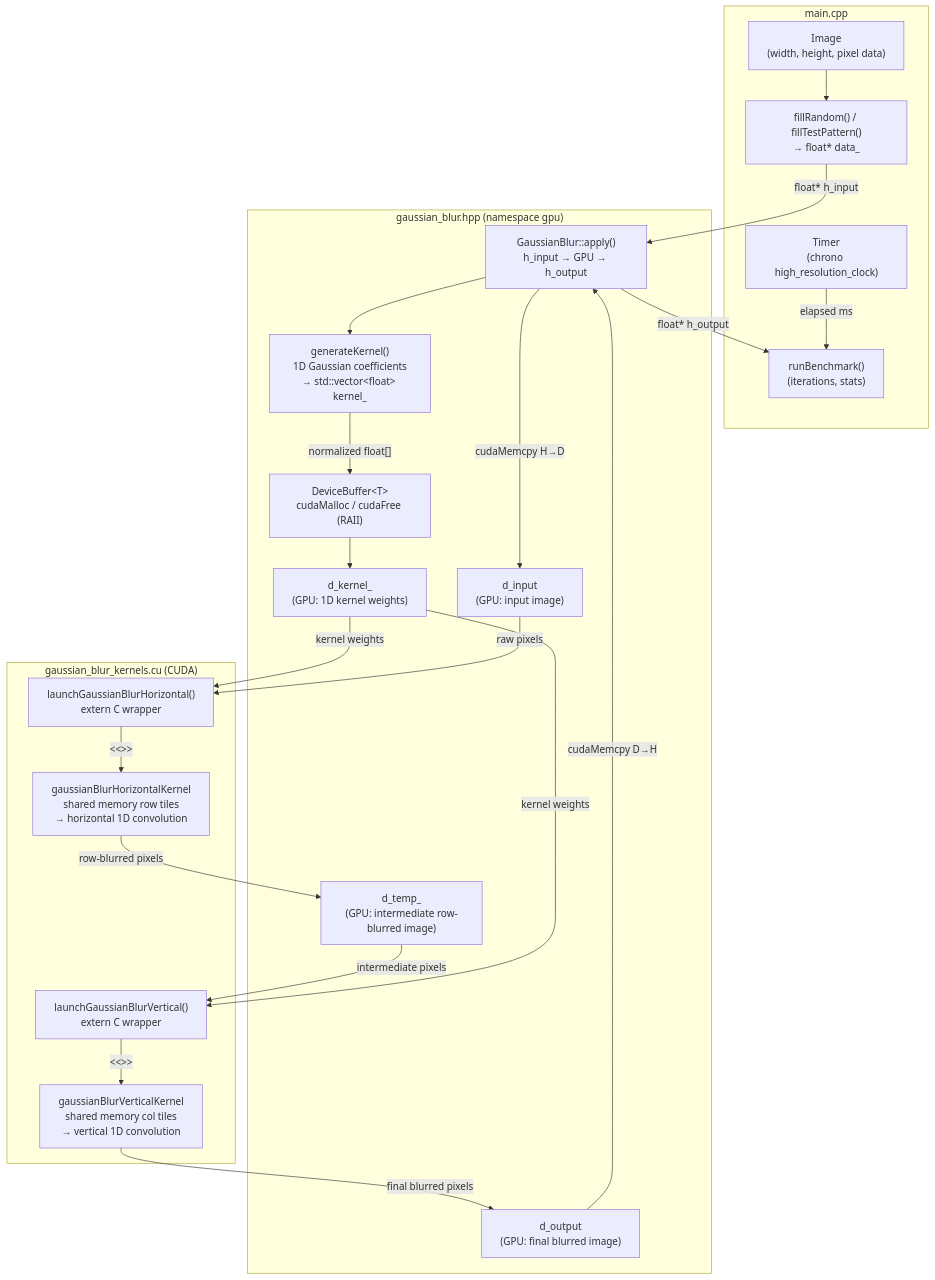
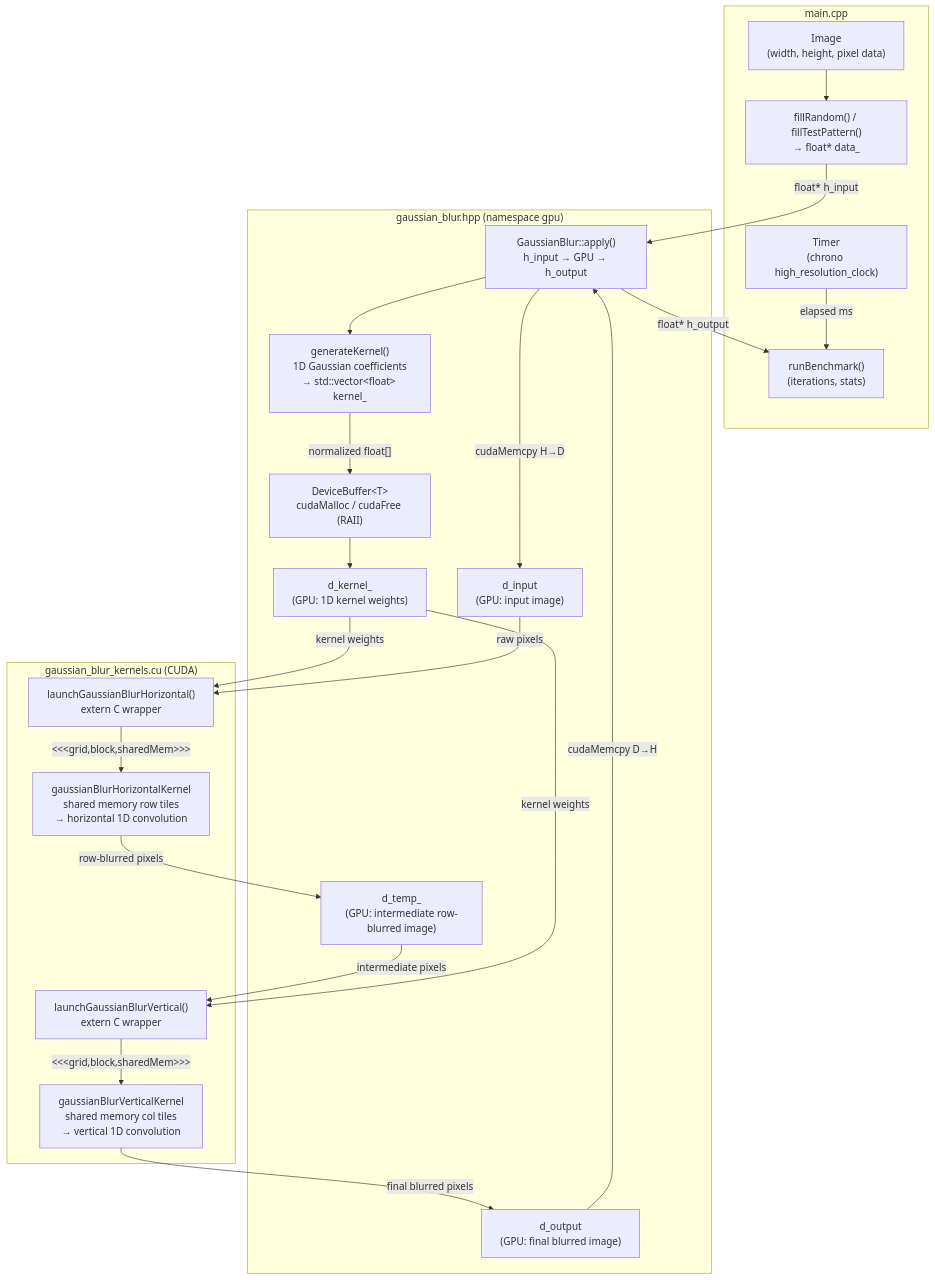
Before and after one commit to raymondtay/mojo-journey: the diagram in 03_applications/gaussian_blur/README.md, drawn with Mermaid.

````diff
--- a/03_applications/gaussian_blur/README.md
+++ b/03_applications/gaussian_blur/README.md
@@ -43,54 +43,54 @@
 ```mermaid
 flowchart TD
     %% ── main.cpp ──────────────────────────────────────────────────
     subgraph main.cpp
-        IMG["Image\n(width, height, pixel data)"]
-        FILL["fillRandom() / fillTestPattern()\n→ float* data_"]
-        TIMER["Timer\n(chrono high_resolution_clock)"]
-        RUN["runBenchmark()\n(iterations, stats)"]
+        IMG["Image<br>(width, height, pixel data)"]
+        FILL["fillRandom() / fillTestPattern()<br>→ float* data_"]
+        TIMER["Timer<br>(chrono high_resolution_clock)"]
+        RUN["runBenchmark()<br>(iterations, stats)"]
     end
 
     %% ── gaussian_blur.hpp ─────────────────────────────────────────
     subgraph gaussian_blur.hpp ["gaussian_blur.hpp  (namespace gpu)"]
-        KERN_GEN["generateKernel()\n1D Gaussian coefficients\n→ std::vector&lt;float&gt; kernel_"]
-        DEV_BUF["DeviceBuffer&lt;T&gt;\ncudaMalloc / cudaFree (RAII)"]
-        D_KERNEL["d_kernel_\n(GPU: 1D kernel weights)"]
-        D_TEMP["d_temp_\n(GPU: intermediate row-blurred image)"]
-        D_INPUT["d_input\n(GPU: input image)"]
-        D_OUTPUT["d_output\n(GPU: final blurred image)"]
-        APPLY["GaussianBlur::apply()\nh_input → GPU → h_output"]
+        KERN_GEN["generateKernel()<br>1D Gaussian coefficients<br>→ std::vector&lt;float&gt; kernel_"]
+        DEV_BUF["DeviceBuffer&lt;T&gt;<br>cudaMalloc / cudaFree (RAII)"]
+        D_KERNEL["d_kernel_<br>(GPU: 1D kernel weights)"]
+        D_TEMP["d_temp_<br>(GPU: intermediate row-blurred image)"]
+        D_INPUT["d_input<br>(GPU: input image)"]
+        D_OUTPUT["d_output<br>(GPU: final blurred image)"]
+        APPLY["GaussianBlur::apply()<br>h_input → GPU → h_output"]
     end
 
     %% ── gaussian_blur_kernels.cu ──────────────────────────────────
     subgraph gaussian_blur_kernels.cu ["gaussian_blur_kernels.cu  (CUDA)"]
-        HKERNEL["gaussianBlurHorizontalKernel\nshared memory row tiles\n→ horizontal 1D convolution"]
-        VKERNEL["gaussianBlurVerticalKernel\nshared memory col tiles\n→ vertical 1D convolution"]
-        LAUNCH_H["launchGaussianBlurHorizontal()\nextern C wrapper"]
-        LAUNCH_V["launchGaussianBlurVertical()\nextern C wrapper"]
+        HKERNEL["gaussianBlurHorizontalKernel<br>shared memory row tiles<br>→ horizontal 1D convolution"]
+        VKERNEL["gaussianBlurVerticalKernel<br>shared memory col tiles<br>→ vertical 1D convolution"]
+        LAUNCH_H["launchGaussianBlurHorizontal()<br>extern C wrapper"]
+        LAUNCH_V["launchGaussianBlurVertical()<br>extern C wrapper"]
     end
 
     %% ── Data flow ─────────────────────────────────────────────────
     IMG --> FILL
     FILL -->|"float* h_input"| APPLY
 
     APPLY --> KERN_GEN
     KERN_GEN -->|"normalized float[]"| DEV_BUF
     DEV_BUF --> D_KERNEL
 
     APPLY -->|"cudaMemcpy H→D"| D_INPUT
     D_KERNEL -->|"kernel weights"| LAUNCH_H
     D_INPUT  -->|"raw pixels"| LAUNCH_H
 
-    LAUNCH_H -->|"<<<grid,block,sharedMem>>>"| HKERNEL
+    LAUNCH_H -->|"&lt;&lt;&lt;grid,block,sharedMem&gt;&gt;&gt;"| HKERNEL
     HKERNEL  -->|"row-blurred pixels"| D_TEMP
 
     D_TEMP   -->|"intermediate pixels"| LAUNCH_V
     D_KERNEL -->|"kernel weights"| LAUNCH_V
-    LAUNCH_V -->|"<<<grid,block,sharedMem>>>"| VKERNEL
+    LAUNCH_V -->|"&lt;&lt;&lt;grid,block,sharedMem&gt;&gt;&gt;"| VKERNEL
     VKERNEL  -->|"final blurred pixels"| D_OUTPUT
 
     D_OUTPUT -->|"cudaMemcpy D→H"| APPLY
     APPLY    -->|"float* h_output"| RUN
 
     TIMER -->|"elapsed ms"| RUN
 ```
````
